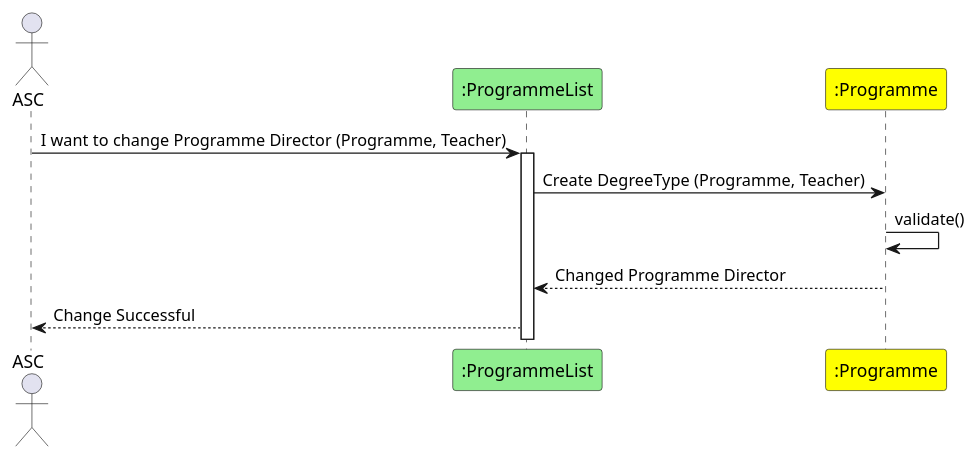
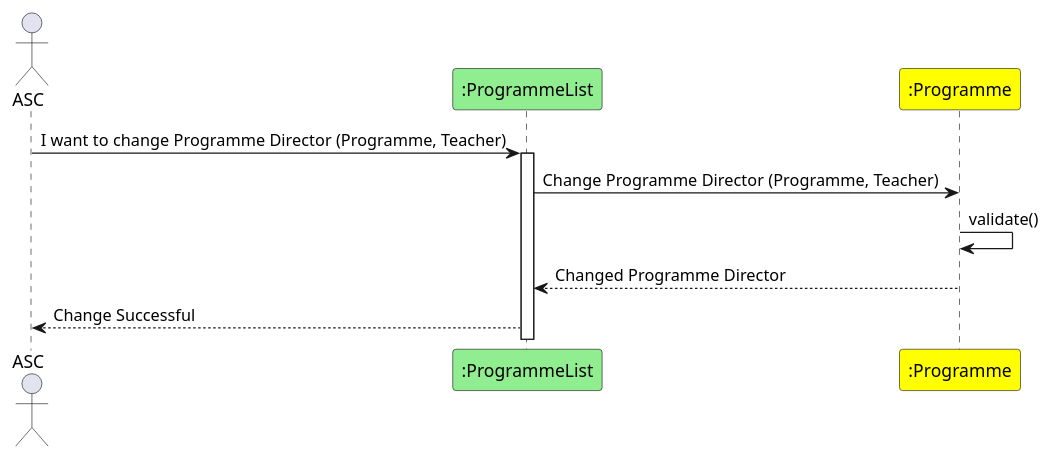
One commit to GasparISEP/DevOps-PAI changed the diagram in docs/sequenceSystemDiagrams/ChangeProgrammeDirectorInSystem.puml. Above: the diagram before and after it, drawn with PlantUML.

Commit message:
- Corrected a typing mistake in ChangeProgrammeDirectorInSystem Sequence Diagram.

```diff
--- a/docs/sequenceSystemDiagrams/ChangeProgrammeDirectorInSystem.puml
+++ b/docs/sequenceSystemDiagrams/ChangeProgrammeDirectorInSystem.puml
@@ -1,13 +1,13 @@
 @startuml
 actor ASC
 participant ":ProgrammeList" as PL #lightgreen
 participant ":Programme" as PG #yellow
 
 ASC -> PL : I want to change Programme Director (Programme, Teacher)
 activate PL
-PL -> PG : Create DegreeType (Programme, Teacher)
+PL -> PG : Change Programme Director (Programme, Teacher)
 PG -> PG : validate()
 PG --> PL : Changed Programme Director
 deactivate PG
 PL --> ASC : Change Successful
 @enduml
```
